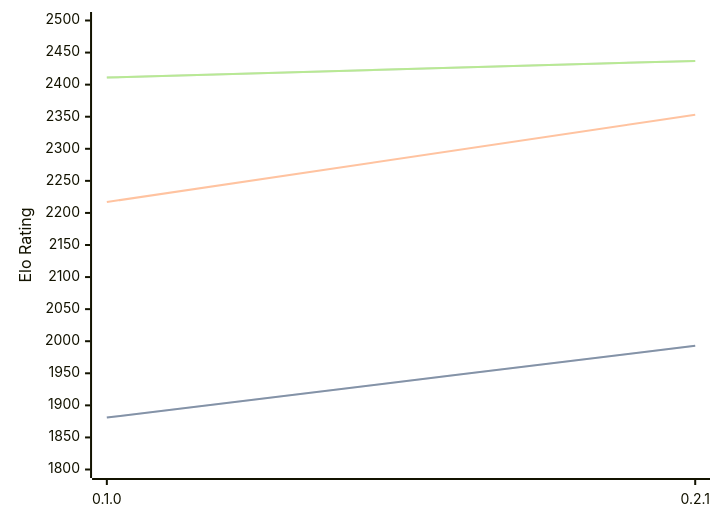
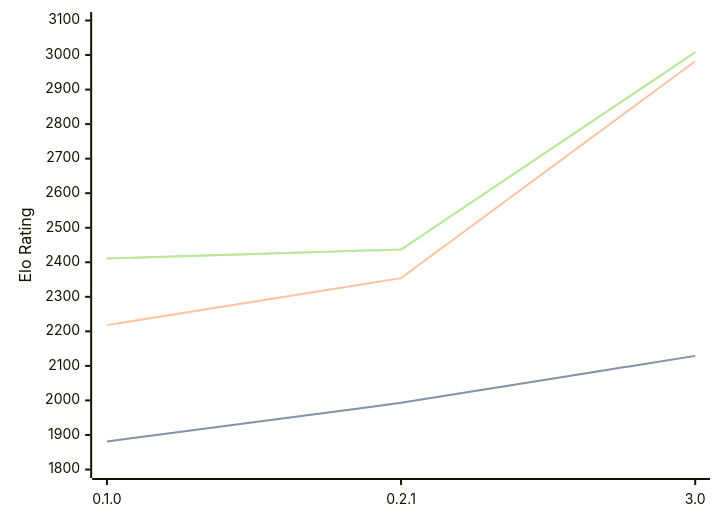
Before and after one commit to computer-chess-index/cci: the third of 3 diagrams in engines/Sykora.md, drawn with Mermaid. The commit also changed other lines of this file, not shown here.

Commit message:
Update CCI Ratings (ELO VLTC) - 2026-07-14

````diff
--- a/engines/Sykora.md
+++ b/engines/Sykora.md
@@ -67,11 +67,11 @@
 ```mermaid
 %%{init: {"theme":"base","themeVariables":{"seriesColors:['#a3a3a3','#222221','#faa371']}}}%%
 xychart-beta
-  x-axis ["0.1.0", "0.2.1"]
-  y-axis "Elo Rating" 1800 --> 2500
-  line "STC (8.0+0.08s)" [1881, 1993]
-  line "STC (8.0+0.08s)" [1881, 1993]
-  line "LTC (60.0+0.60s)" [2217, 2353]
-  line "VLTC (2m24s+1.12s)" [2411, 2437]
-  line "VLTC (2m24s+1.12s)" [2411, 2437]
+  x-axis ["0.1.0", "0.2.1", "3.0"]
+  y-axis "Elo Rating" 1800 --> 3100
+  line "STC (8.0+0.08s)" [1881, 1993, 2129]
+  line "STC (8.0+0.08s)" [1881, 1993, 2129]
+  line "LTC (60.0+0.60s)" [2218, 2354, 2982]
+  line "VLTC (2m24s+1.12s)" [2411, 2437, 3008]
+  line "VLTC (2m24s+1.12s)" [2411, 2437, 3008]
 ```
````
